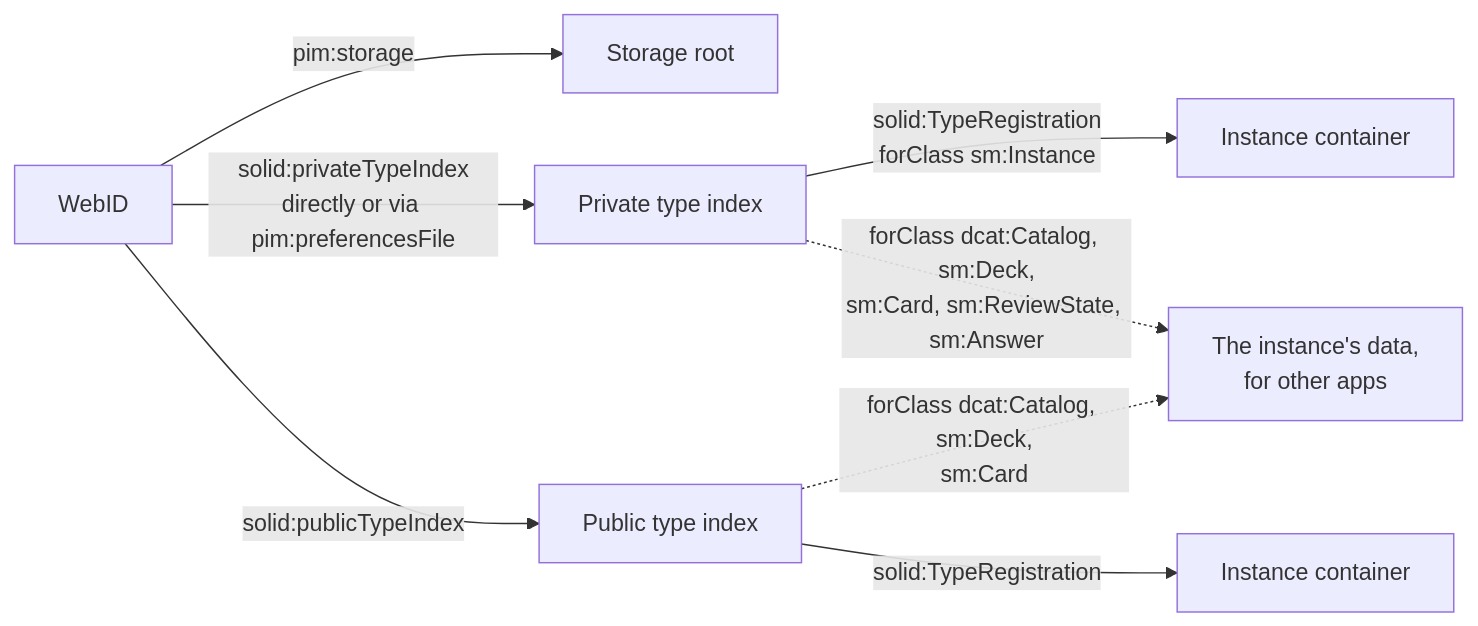
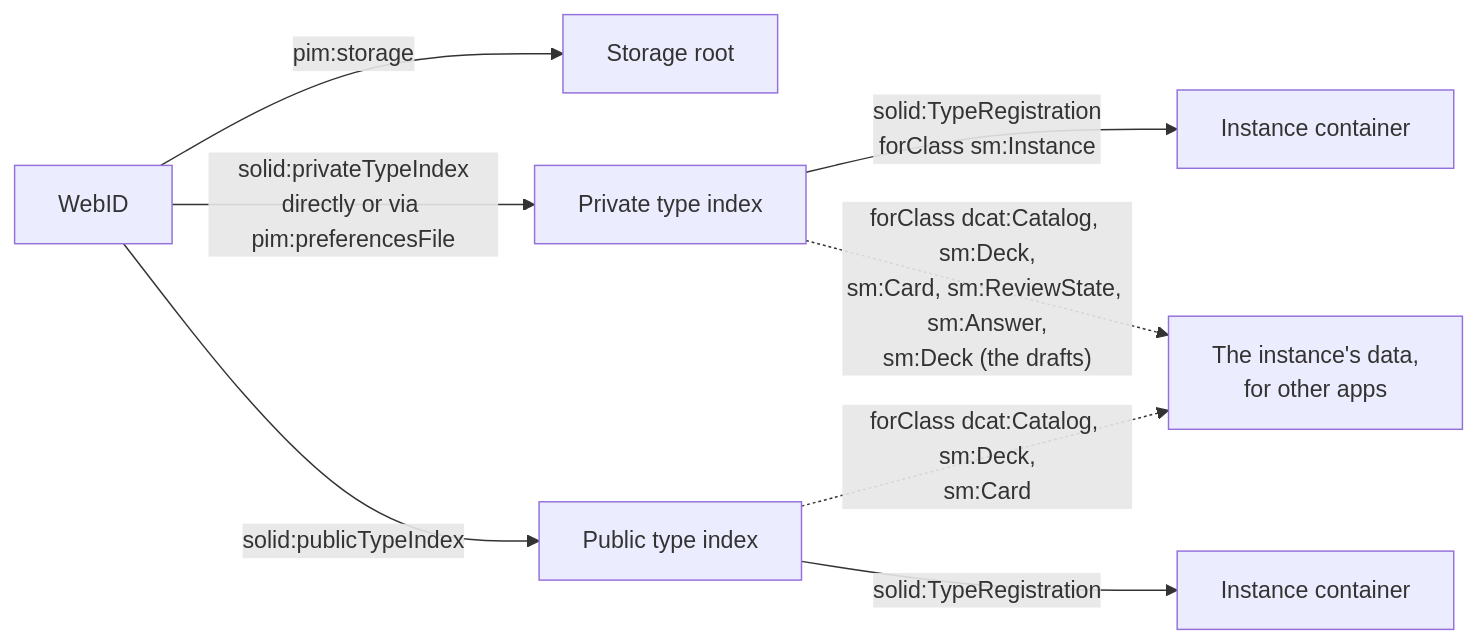
Before and after one commit to solid-memo/website: the second of 4 diagrams in docs/data-model.md, drawn with Mermaid. The commit also changed other lines of this file and 78 other files, not shown here.

````diff
--- a/docs/data-model.md
+++ b/docs/data-model.md
@@ -36,10 +36,10 @@
 ```mermaid
 flowchart LR
     W[WebID] -->|pim:storage| S[Storage root]
     W -->|solid:privateTypeIndex<br/>directly or via pim:preferencesFile| PTI[Private type index]
     W -->|solid:publicTypeIndex| PUB[Public type index]
     PTI -->|solid:TypeRegistration<br/>forClass sm:Instance| I1[Instance container]
     PUB -->|solid:TypeRegistration| I2[Instance container]
-    PTI -.->|"forClass dcat:Catalog, sm:Deck,<br/>sm:Card, sm:ReviewState, sm:Answer"| D1[The instance's data,<br/>for other apps]
+    PTI -.->|"forClass dcat:Catalog, sm:Deck,<br/>sm:Card, sm:ReviewState, sm:Answer,<br/>sm:Deck (the drafts)"| D1[The instance's data,<br/>for other apps]
     PUB -.->|"forClass dcat:Catalog, sm:Deck,<br/>sm:Card"| D1
 ```
````
